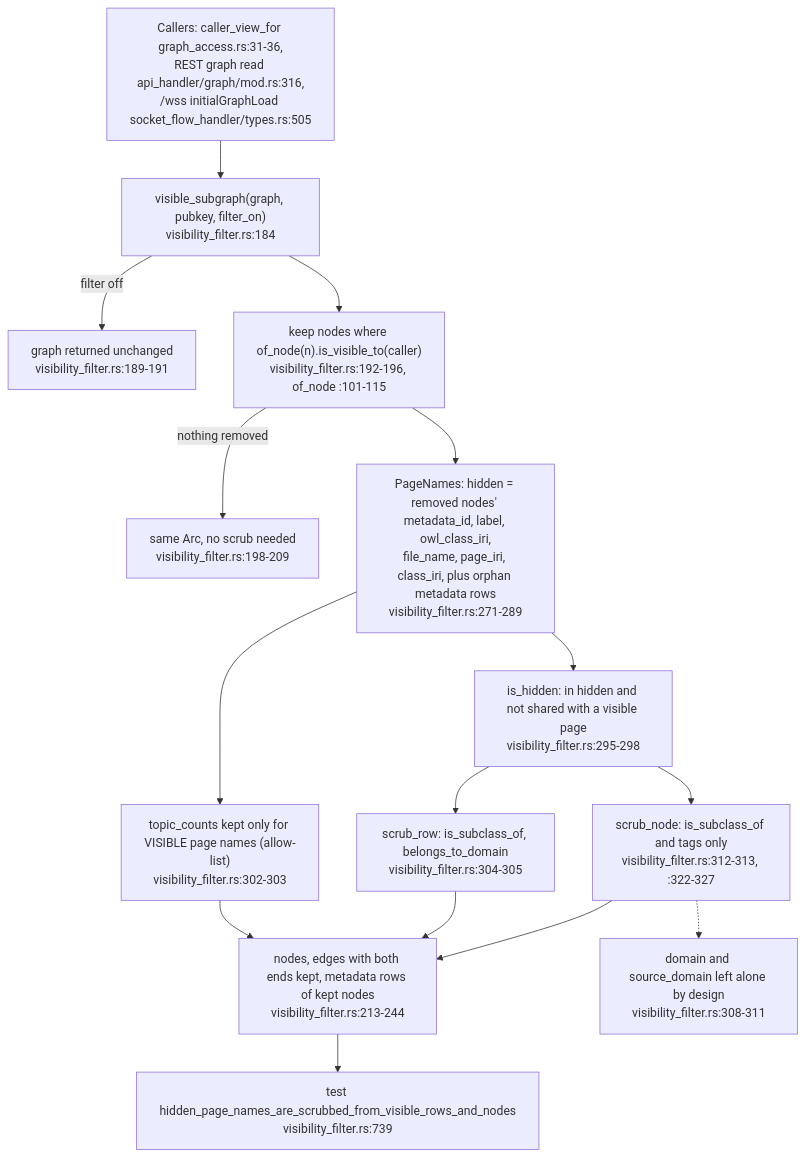
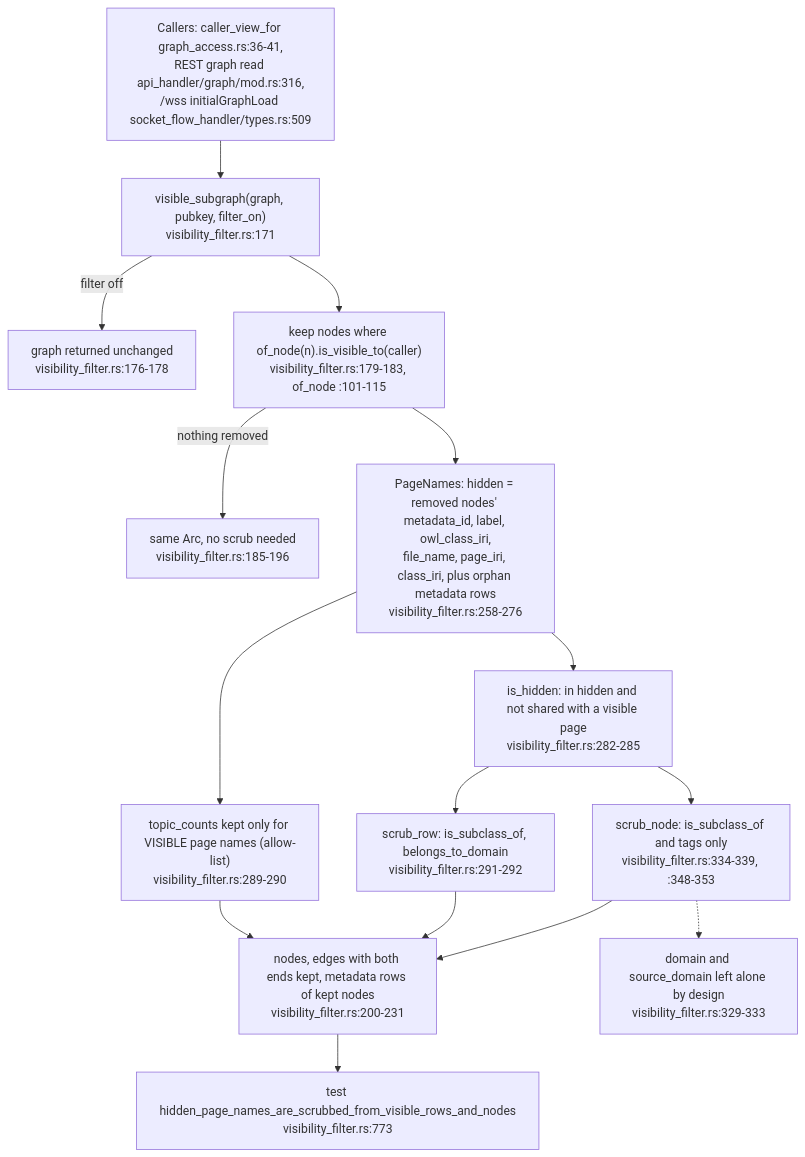
One commit to DreamLab-AI/VisionFlow changed diagram 12 of 14 in docs/diagrams/visionclaw/22-data-authority-provenance-erasure.md. Above: the diagram before and after it, drawn with Mermaid. The commit also changed other lines of this file and 46 other files, not shown here.

Commit message:
docs(diagrams): re-verify VisionClaw topics at 809a859aa/a950f4d80 after the consolidation pass

````diff
--- a/docs/diagrams/visionclaw/22-data-authority-provenance-erasure.md
+++ b/docs/diagrams/visionclaw/22-data-authority-provenance-erasure.md
@@ -496,17 +499,17 @@
 ```mermaid
 flowchart TB
-    CALL["Callers: caller_view_for graph_access.rs:31-36,<br/>REST graph read api_handler/graph/mod.rs:316,<br/>/wss initialGraphLoad socket_flow_handler/types.rs:505"] --> VS["visible_subgraph(graph, pubkey, filter_on)<br/>visibility_filter.rs:184"]
-    VS -->|filter off| SAME["graph returned unchanged<br/>visibility_filter.rs:189-191"]
-    VS --> KEPT["keep nodes where of_node(n).is_visible_to(caller)<br/>visibility_filter.rs:192-196, of_node :101-115"]
-    KEPT -->|"nothing removed"| SAME2["same Arc, no scrub needed<br/>visibility_filter.rs:198-209"]
-    KEPT --> PN["PageNames: hidden = removed nodes' metadata_id, label, owl_class_iri,<br/>file_name, page_iri, class_iri, plus orphan metadata rows<br/>visibility_filter.rs:271-289"]
-    PN --> IH["is_hidden: in hidden and not shared with a visible page<br/>visibility_filter.rs:295-298"]
-    IH --> SN["scrub_node: is_subclass_of and tags only<br/>visibility_filter.rs:312-313, :322-327"]
-    IH --> SR["scrub_row: is_subclass_of, belongs_to_domain<br/>visibility_filter.rs:304-305"]
-    PN --> TC["topic_counts kept only for VISIBLE page names (allow-list)<br/>visibility_filter.rs:302-303"]
-    SN --> OUT["nodes, edges with both ends kept, metadata rows of kept nodes<br/>visibility_filter.rs:213-244"]
+    CALL["Callers: caller_view_for graph_access.rs:36-41,<br/>REST graph read api_handler/graph/mod.rs:316,<br/>/wss initialGraphLoad socket_flow_handler/types.rs:509"] --> VS["visible_subgraph(graph, pubkey, filter_on)<br/>visibility_filter.rs:171"]
+    VS -->|filter off| SAME["graph returned unchanged<br/>visibility_filter.rs:176-178"]
+    VS --> KEPT["keep nodes where of_node(n).is_visible_to(caller)<br/>visibility_filter.rs:179-183, of_node :101-115"]
+    KEPT -->|"nothing removed"| SAME2["same Arc, no scrub needed<br/>visibility_filter.rs:185-196"]
+    KEPT --> PN["PageNames: hidden = removed nodes' metadata_id, label, owl_class_iri,<br/>file_name, page_iri, class_iri, plus orphan metadata rows<br/>visibility_filter.rs:258-276"]
+    PN --> IH["is_hidden: in hidden and not shared with a visible page<br/>visibility_filter.rs:282-285"]
+    IH --> SN["scrub_node: is_subclass_of and tags only<br/>visibility_filter.rs:334-339, :348-353"]
+    IH --> SR["scrub_row: is_subclass_of, belongs_to_domain<br/>visibility_filter.rs:291-292"]
+    PN --> TC["topic_counts kept only for VISIBLE page names (allow-list)<br/>visibility_filter.rs:289-290"]
+    SN --> OUT["nodes, edges with both ends kept, metadata rows of kept nodes<br/>visibility_filter.rs:200-231"]
     SR --> OUT
     TC --> OUT
-    SN -.-> NOT["domain and source_domain left alone by design<br/>visibility_filter.rs:308-311"]
-    OUT --> T["test hidden_page_names_are_scrubbed_from_visible_rows_and_nodes<br/>visibility_filter.rs:739"]
+    SN -.-> NOT["domain and source_domain left alone by design<br/>visibility_filter.rs:329-333"]
+    OUT --> T["test hidden_page_names_are_scrubbed_from_visible_rows_and_nodes<br/>visibility_filter.rs:773"]
 ```
````
